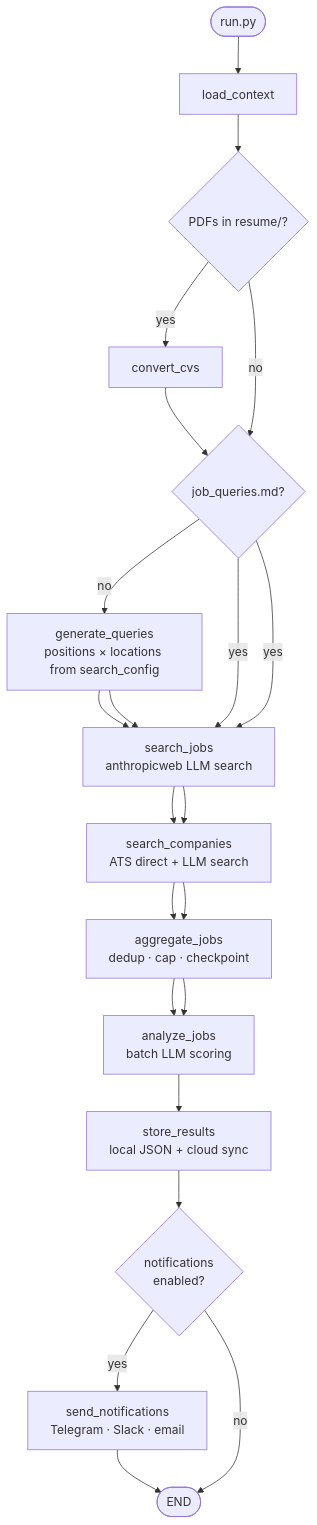
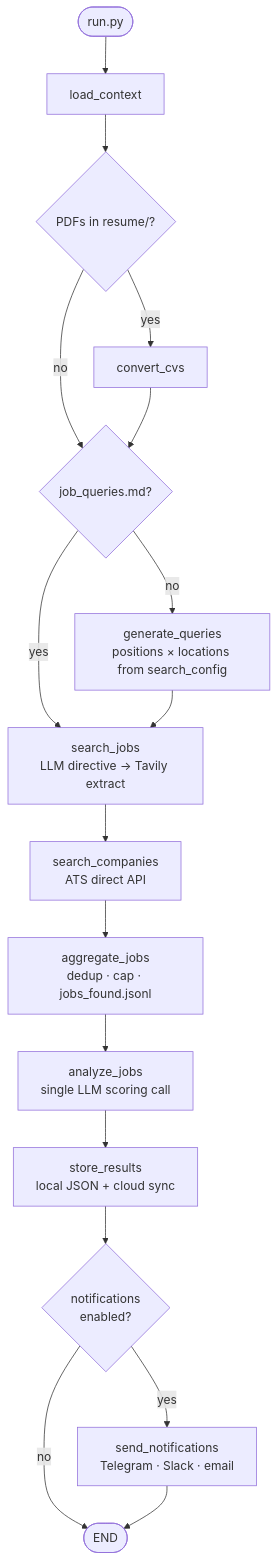
The diagram in README.md (bayrem/AJSAA), drawn with Mermaid before and after one commit. The commit also changed other lines of this file, not shown here.

````diff
--- a/README.md
+++ b/README.md
@@ -19,24 +17,19 @@
 ```mermaid
 flowchart TD
     A([run.py]) --> B[load_context]
     B --> C{PDFs in resume/?}
     C -- yes --> D[convert_cvs]
     C -- no  --> E{job_queries.md?}
     D --> E
     E -- no  --> F[generate_queries\npositions × locations from search_config]
     E -- yes --> G[search_jobs\nLLM directive → Tavily extract]
     F --> G
     G --> H[search_companies\nATS direct API]
     H --> I[aggregate_jobs\ndedup · cap · jobs_found.jsonl]
     I --> J2[analyze_jobs\nsingle LLM scoring call]
-    E -- yes --> G[search_jobs\nanthropicweb LLM search]
-    F --> G
-    G --> H[search_companies\nATS direct + LLM search]
-    H --> I[aggregate_jobs\ndedup · cap · checkpoint]
-    I --> J2[analyze_jobs\nbatch LLM scoring]
     J2 --> J[store_results\nlocal JSON + cloud sync]
     J --> K{notifications\nenabled?}
     K -- yes --> L[send_notifications\nTelegram · Slack · email]
     K -- no  --> M([END])
     L --> M
 ```
````
